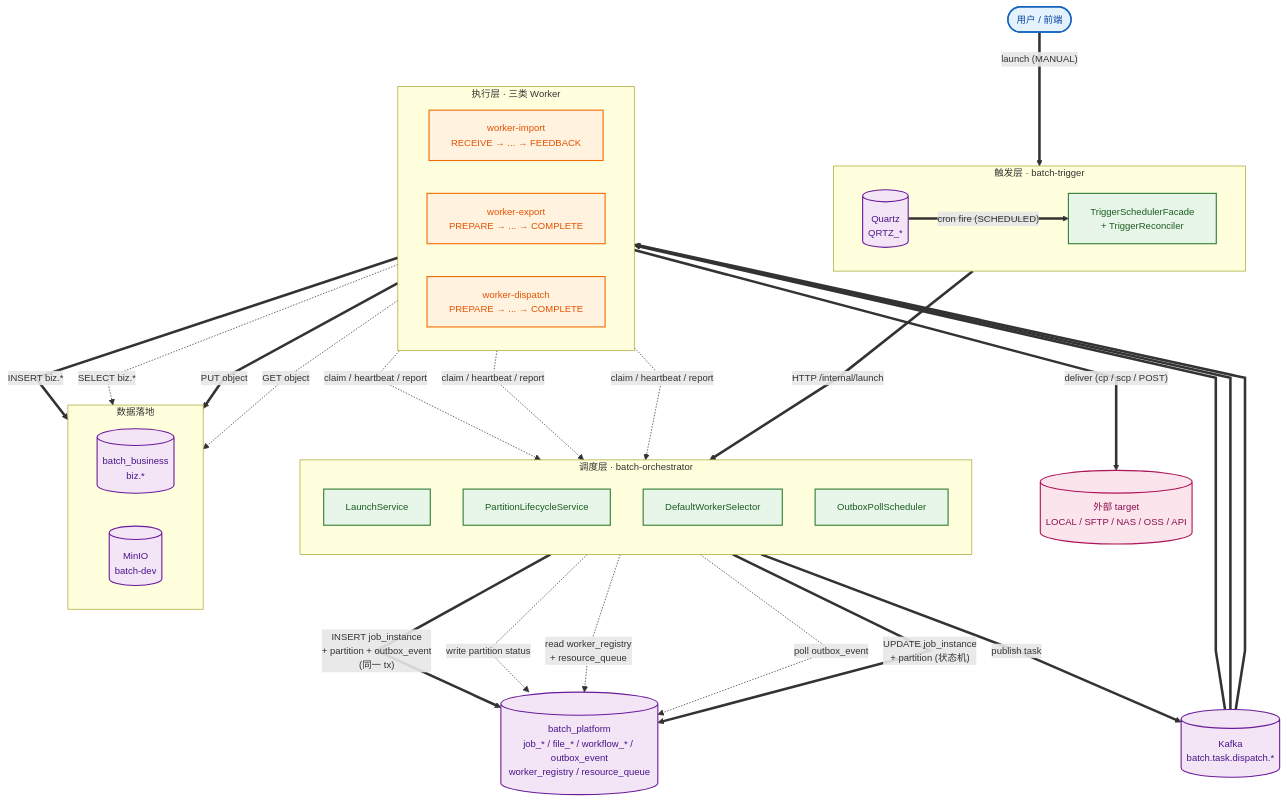
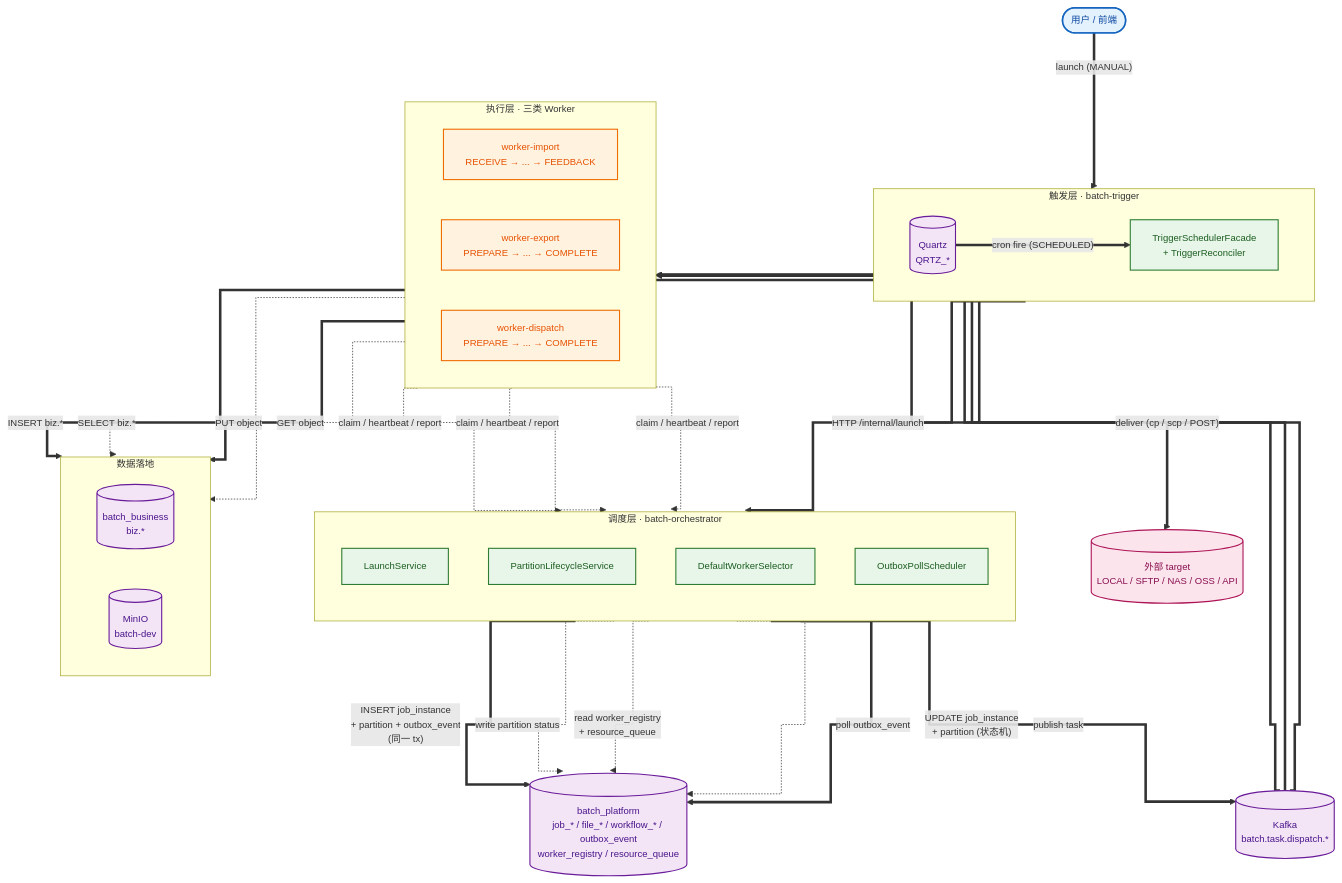
Before and after one commit to pinpols/file-batch-system: the first of 10 diagrams in docs/architecture/system-flow-overview.md, drawn with Mermaid.

Commit message:
docs(architecture): system-flow §1 改回直角折线（curve: step）
linear 直线版本斜穿打架。换 mermaid `curve: step` —— 自动选拐点的直角折线，
工程图风格但比 stepAfter 更柔和（不强制单方向拐角）。

配合调整：
- nodeSpacing 45 -> 55
- rankSpacing 55 -> 75 (折线需要更多纵向空间不打架)
- diagramPadding 16

````diff
--- a/docs/architecture/system-flow-overview.md
+++ b/docs/architecture/system-flow-overview.md
@@ -12,76 +12,76 @@
 ```mermaid
-%%{init: {'flowchart': {'curve': 'linear', 'nodeSpacing': 45, 'rankSpacing': 55, 'htmlLabels': true}, 'themeVariables': {'fontSize': '13px'}}}%%
+%%{init: {'flowchart': {'curve': 'step', 'nodeSpacing': 55, 'rankSpacing': 75, 'htmlLabels': true, 'diagramPadding': 16}, 'themeVariables': {'fontSize': '13px'}}}%%
 flowchart TB
   USER([用户 / 前端]):::user
 
   subgraph TRIG ["触发层 · batch-trigger"]
     direction LR
     QZ[(Quartz<br/>QRTZ_*)]:::store
     TR["TriggerSchedulerFacade<br/>+ TriggerReconciler"]:::svc
   end
 
   subgraph SCH ["调度层 · batch-orchestrator"]
     direction TB
     LS[LaunchService]:::svc
     PA[PartitionLifecycleService]:::svc
     SEL[DefaultWorkerSelector]:::svc
     OUT[OutboxPollScheduler]:::svc
   end
 
   PDB[("batch_platform<br/>job_* / file_* / workflow_* / outbox_event<br/>worker_registry / resource_queue")]:::store
 
   K[("Kafka<br/>batch.task.dispatch.*")]:::store
 
   subgraph WORKERS ["执行层 · 三类 Worker"]
     direction LR
     WI["worker-import<br/>RECEIVE → ... → FEEDBACK"]:::worker
     WE["worker-export<br/>PREPARE → ... → COMPLETE"]:::worker
     WD["worker-dispatch<br/>PREPARE → ... → COMPLETE"]:::worker
   end
 
   subgraph DATA [数据落地]
     direction LR
     BIZ[("batch_business<br/>biz.*")]:::store
     M[("MinIO<br/>batch-dev")]:::store
   end
 
   FS[("外部 target<br/>LOCAL / SFTP / NAS / OSS / API")]:::extern
 
   %% ─── 触发链路（粗实线 = 主流程） ─────────────────
   USER ==>|"launch (MANUAL)"| TR
   QZ   ==>|"cron fire (SCHEDULED)"| TR
   TR   ==>|"HTTP /internal/launch"| LS
 
   %% ─── 调度写库（粗实线） ─────────────────────────
   LS ==>|"INSERT job_instance<br/>+ partition + outbox_event<br/>(同一 tx)"| PDB
 
   %% ─── orchestrator 内部读 / 写 PDB（虚线 = 控制） ──
   PA  -. "write partition status" .-> PDB
   SEL -. "read worker_registry<br/>+ resource_queue" .-> PDB
   OUT -. "poll outbox_event" .-> PDB
 
   %% ─── outbox → Kafka → workers（粗实线 = 消息流） ──
   OUT ==>|"publish task"| K
   K ==> WI
   K ==> WE
   K ==> WD
 
   %% ─── worker 上报回 LS（虚线 = 控制信号） ────────
   WI -. "claim / heartbeat / report" .-> LS
   WE -. "claim / heartbeat / report" .-> LS
   WD -. "claim / heartbeat / report" .-> LS
   LS ==>|"UPDATE job_instance<br/>+ partition (状态机)"| PDB
 
   %% ─── worker 数据落地（写 = 粗实线，读 = 虚线） ──
   WI ==>|"INSERT biz.*"| BIZ
   WE -. "SELECT biz.*" .-> BIZ
   WE ==>|"PUT object"| M
   WD -. "GET object" .-> M
   WD ==>|"deliver (cp / scp / POST)"| FS
 
   classDef user    fill:#e3f2fd,stroke:#1565c0,stroke-width:2px,color:#0d47a1;
   classDef svc     fill:#e8f5e9,stroke:#2e7d32,stroke-width:1.5px,color:#1b5e20;
   classDef worker  fill:#fff3e0,stroke:#ef6c00,stroke-width:1.5px,color:#e65100;
   classDef store   fill:#f3e5f5,stroke:#6a1b9a,stroke-width:1.5px,color:#4a148c;
   classDef extern  fill:#fce4ec,stroke:#ad1457,stroke-width:1.5px,color:#880e4f;
 ```
````
